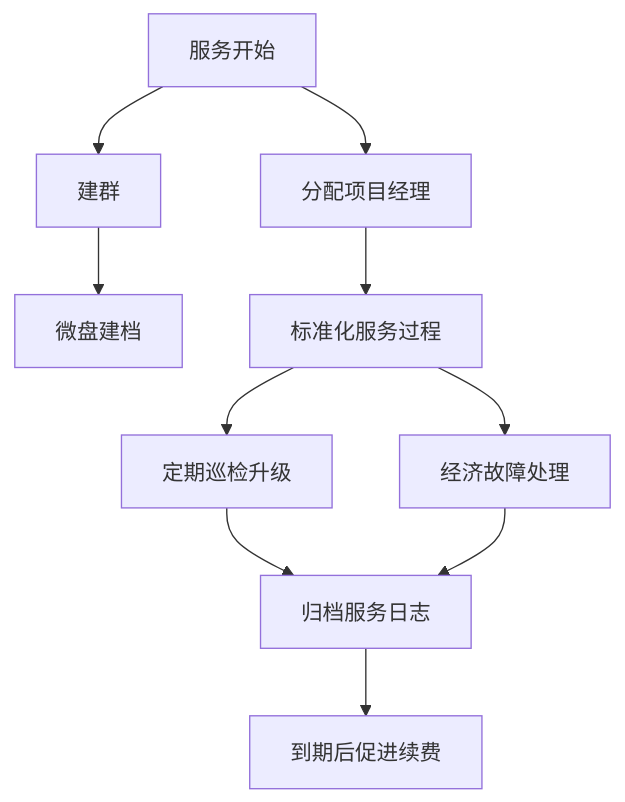
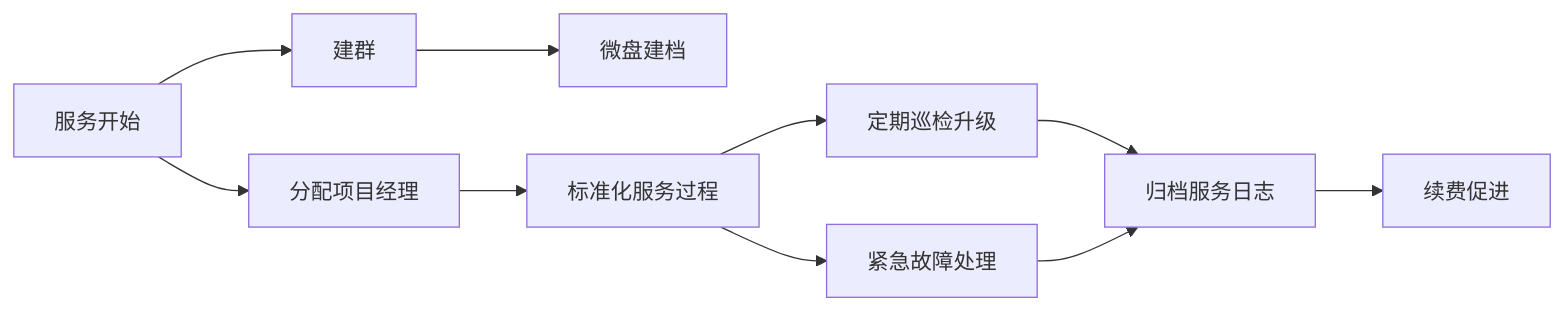
The diagram in docs/operation/service/readme.mdx (Websoft9/handbook), drawn with Mermaid before and after one commit. The commit also changed 12 other files, not shown here.

````diff
--- a/docs/operation/service/readme.mdx
+++ b/docs/operation/service/readme.mdx
@@ -50,8 +50,8 @@
 ```mermaid
-graph TD;
+graph LR;
     服务开始-->建群-->微盘建档;
     服务开始-->分配项目经理-->标准化服务过程;
     标准化服务过程-->定期巡检升级-->归档服务日志;
-    标准化服务过程-->经济故障处理-->归档服务日志;
-    归档服务日志-->到期后促进续费;
+    标准化服务过程-->紧急故障处理-->归档服务日志;
+    归档服务日志-->续费促进;
 ```
````
